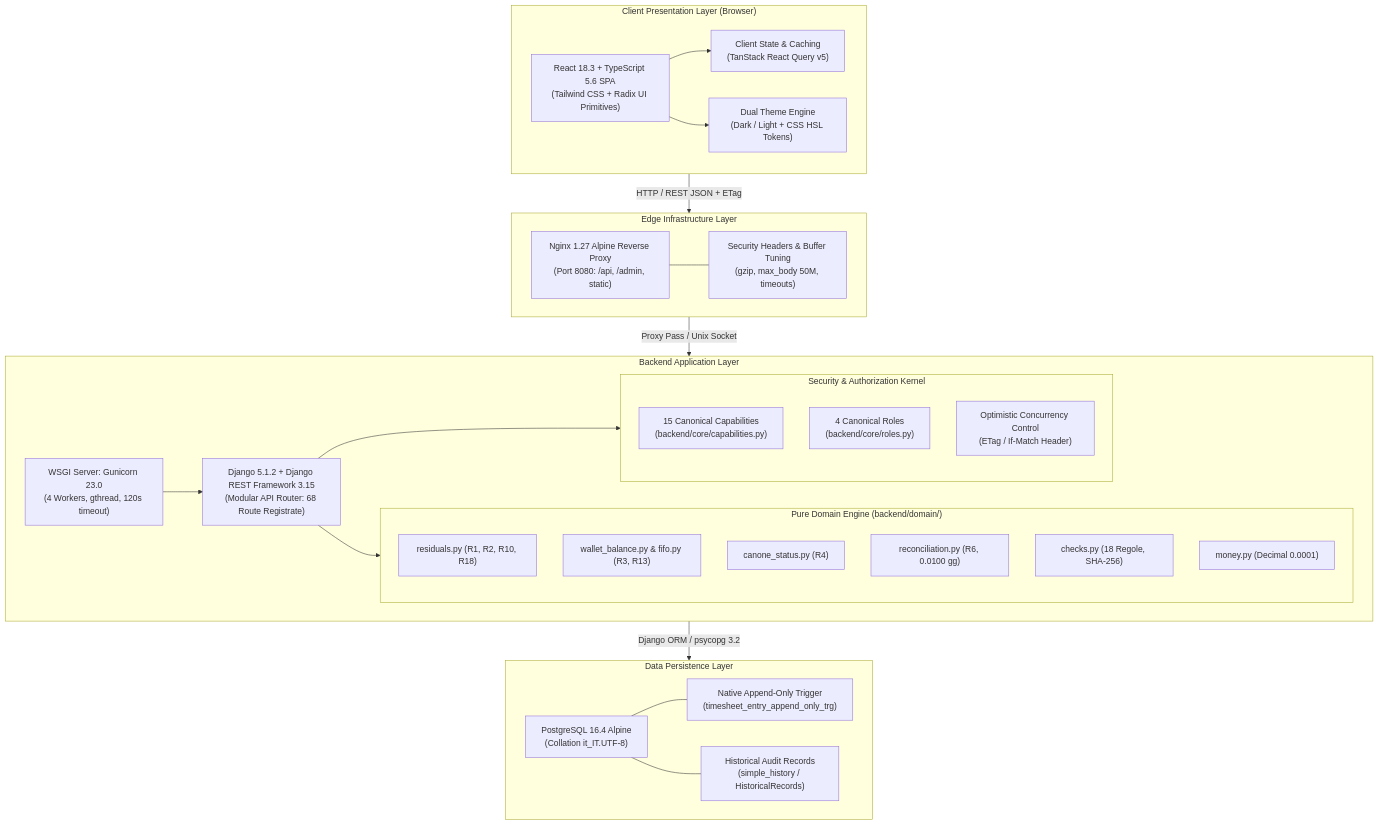
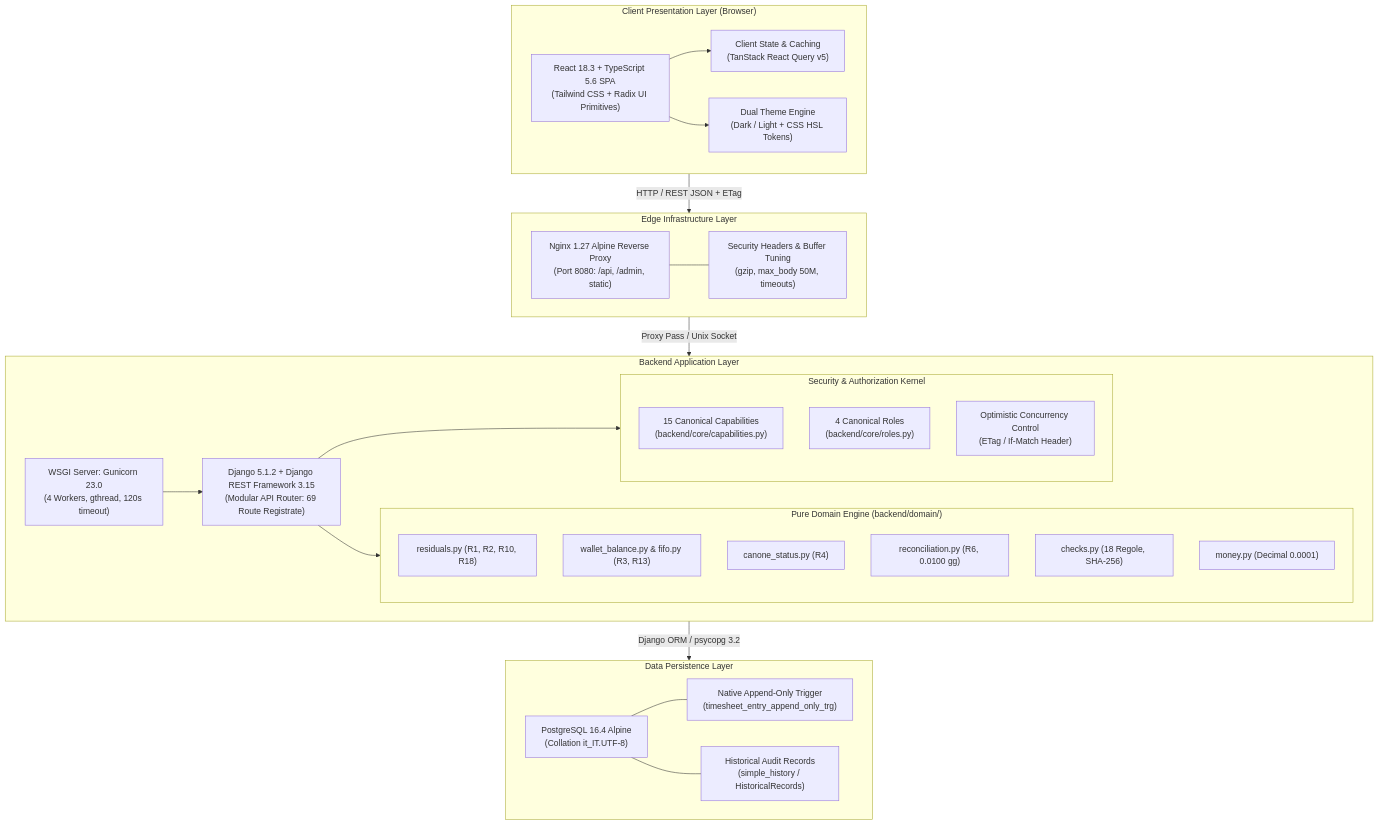
The first of 2 diagrams in docs/assestmant/README.md (RazorCopter/imola), drawn with Mermaid before and after one commit. The commit also changed other lines of this file and 19 other files, not shown here.

Commit message:
docs(assessment): update architecture and assessment documentation

````diff
--- a/docs/assestmant/README.md
+++ b/docs/assestmant/README.md
@@ -33,52 +33,52 @@
 ```mermaid
 flowchart TB
     subgraph ClientLayer ["Client Presentation Layer (Browser)"]
         UI["React 18.3 + TypeScript 5.6 SPA<br/>(Tailwind CSS + Radix UI Primitives)"]
         State["Client State & Caching<br/>(TanStack React Query v5)"]
         Theme["Dual Theme Engine<br/>(Dark / Light + CSS HSL Tokens)"]
         UI --> State
         UI --> Theme
     end
 
     subgraph EdgeLayer ["Edge Infrastructure Layer"]
         Proxy["Nginx 1.27 Alpine Reverse Proxy<br/>(Port 8080: /api, /admin, static)"]
         SSL["Security Headers & Buffer Tuning<br/>(gzip, max_body 50M, timeouts)"]
         Proxy --- SSL
     end
 
     subgraph AppLayer ["Backend Application Layer"]
         Gunicorn["WSGI Server: Gunicorn 23.0<br/>(4 Workers, gthread, 120s timeout)"]
-        Django["Django 5.1.2 + Django REST Framework 3.15<br/>(Modular API Router: 68 Route Registrate)"]
+        Django["Django 5.1.2 + Django REST Framework 3.15<br/>(Modular API Router: 69 Route Registrate)"]
         
         subgraph DomainCore ["Pure Domain Engine (backend/domain/)"]
             D1["residuals.py (R1, R2, R10, R18)"]
             D2["wallet_balance.py & fifo.py (R3, R13)"]
             D3["canone_status.py (R4)"]
             D4["reconciliation.py (R6, 0.0100 gg)"]
             D5["checks.py (18 Regole, SHA-256)"]
             D6["money.py (Decimal 0.0001)"]
         end
 
         subgraph SecurityKernel ["Security & Authorization Kernel"]
             CBAC["15 Canonical Capabilities<br/>(backend/core/capabilities.py)"]
             RBAC["4 Canonical Roles<br/>(backend/core/roles.py)"]
             OCC["Optimistic Concurrency Control<br/>(ETag / If-Match Header)"]
         end
 
         Gunicorn --> Django
         Django --> DomainCore
         Django --> SecurityKernel
     end
 
     subgraph DataLayer ["Data Persistence Layer"]
         PG["PostgreSQL 16.4 Alpine<br/>(Collation it_IT.UTF-8)"]
         Triggers["Native Append-Only Trigger<br/>(timesheet_entry_append_only_trg)"]
         Audit["Historical Audit Records<br/>(simple_history / HistoricalRecords)"]
         PG --- Triggers
         PG --- Audit
     end
 
     ClientLayer -->|HTTP / REST JSON + ETag| EdgeLayer
     EdgeLayer -->|Proxy Pass / Unix Socket| AppLayer
     AppLayer -->|Django ORM / psycopg 3.2| DataLayer
 ```
````
